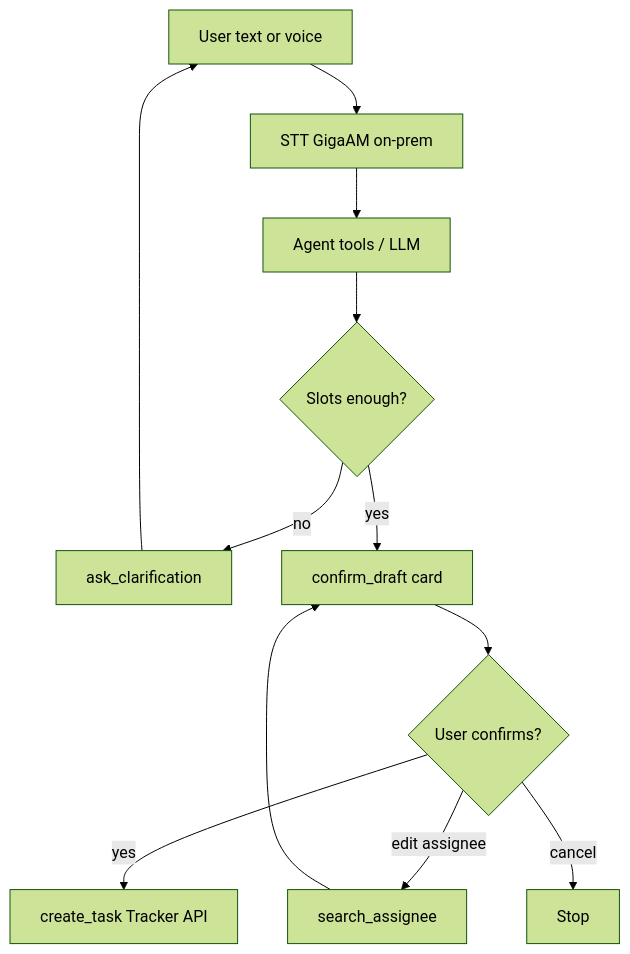
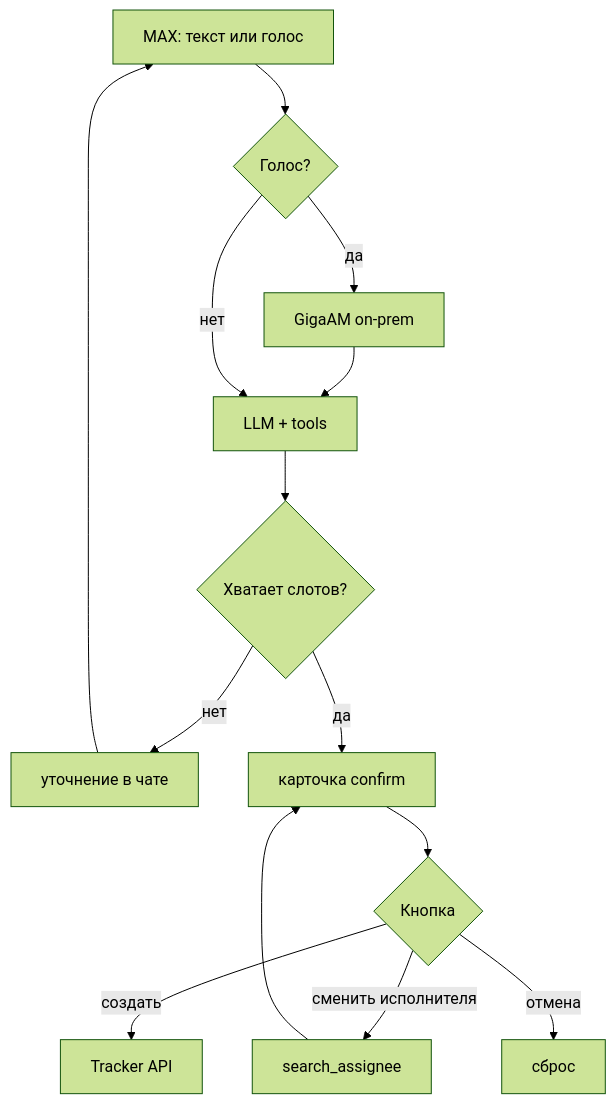
The diagram in docs/ARCHITECTURE.md (fairyofmiracle/max_yandex_tracker), drawn with Mermaid (forest theme) before and after one commit. The commit also changed other lines of this file and 14 other files, not shown here.

````diff
--- a/docs/ARCHITECTURE.md
+++ b/docs/ARCHITECTURE.md
@@ -5,14 +40,16 @@
 ```mermaid
 flowchart TD
-  A[User text or voice] --> B[STT GigaAM on-prem]
-  B --> C[Agent tools / LLM]
-  C --> D{Slots enough?}
-  D -->|no| E[ask_clarification]
-  E --> A
-  D -->|yes| F[confirm_draft card]
-  F --> G{User confirms?}
-  G -->|yes| H[create_task Tracker API]
-  G -->|edit assignee| I[search_assignee]
-  I --> F
-  G -->|cancel| J[Stop]
+  A[MAX: текст или голос] --> B{Голос?}
+  B -->|да| C[GigaAM on-prem]
+  C --> D[LLM + tools]
+  B -->|нет| D
+  D --> E{Хватает слотов?}
+  E -->|нет| F[уточнение в чате]
+  F --> A
+  E -->|да| G[карточка confirm]
+  G --> H{Кнопка}
+  H -->|создать| I[Tracker API]
+  H -->|сменить исполнителя| J[search_assignee]
+  J --> G
+  H -->|отмена| K[сброс]
 ```
````
